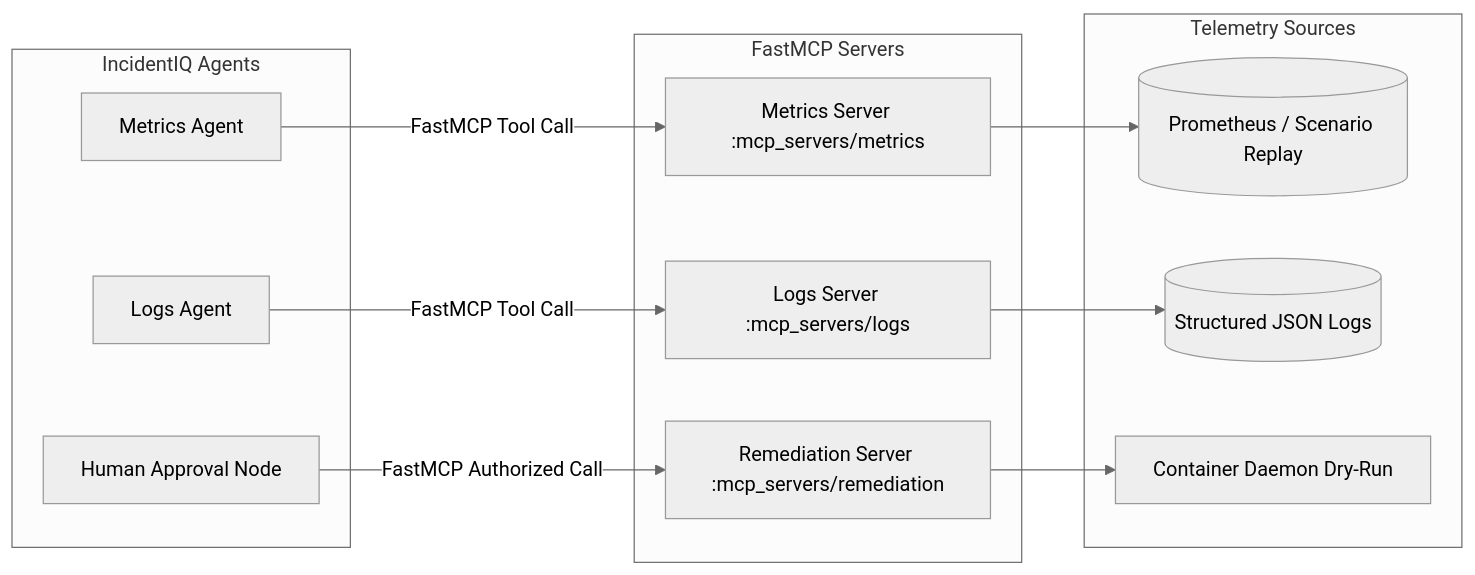
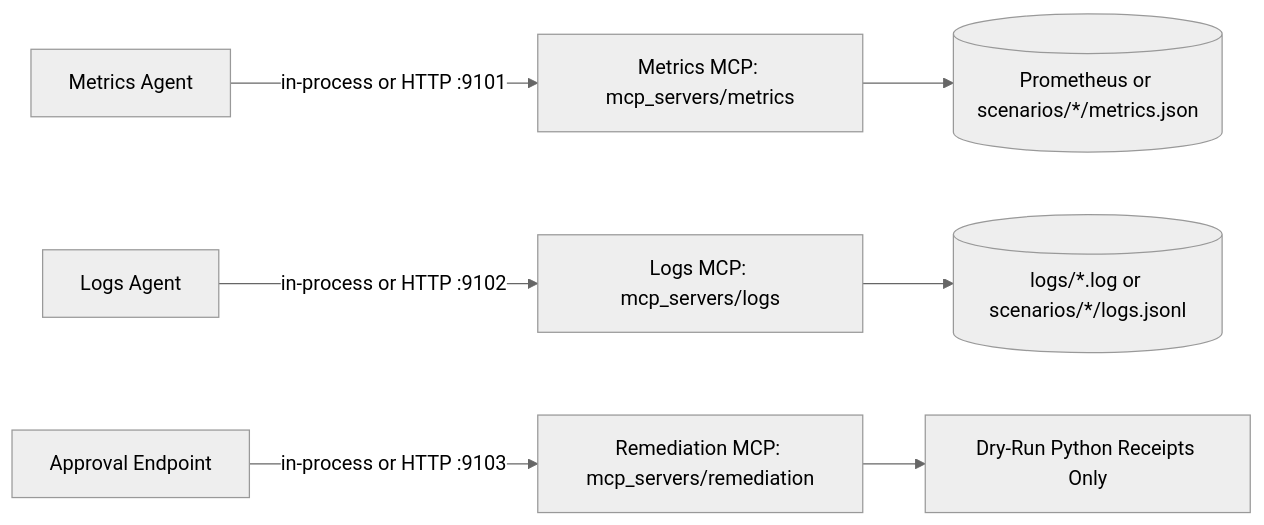
One commit to MayankV004/incidentiq changed the diagram in mcp_servers/README.md. Above: the diagram before and after it, drawn with Mermaid (neutral theme). The commit also changed other lines of this file and 6 other files, not shown here.

````diff
--- a/mcp_servers/README.md
+++ b/mcp_servers/README.md
@@ -9,28 +11,10 @@
 ```mermaid
 flowchart LR
-  subgraph IncidentIQ Agents
-    MA[Metrics Agent]
-    LA[Logs Agent]
-    HA[Human Approval Node]
-  end
+  MA[Metrics Agent] -->|in-process or HTTP :9101| MS[Metrics MCP: mcp_servers/metrics]
+  LA[Logs Agent] -->|in-process or HTTP :9102| LS[Logs MCP: mcp_servers/logs]
+  API[Approval Endpoint] -->|in-process or HTTP :9103| RS[Remediation MCP: mcp_servers/remediation]
 
-  subgraph FastMCP Servers
-    MS[Metrics Server :mcp_servers/metrics]
-    LS[Logs Server :mcp_servers/logs]
-    RS[Remediation Server :mcp_servers/remediation]
-  end
-
-  subgraph Telemetry Sources
-    PROM[(Prometheus / Scenario Replay)]
-    LOGS[(Structured JSON Logs)]
-    K8S[Container Daemon Dry-Run]
-  end
-
-  MA -->|FastMCP Tool Call| MS
-  LA -->|FastMCP Tool Call| LS
-  HA -->|FastMCP Authorized Call| RS
-
-  MS --> PROM
-  LS --> LOGS
-  RS --> K8S
+  MS --> PROM[(Prometheus or scenarios/*/metrics.json)]
+  LS --> LOGS[(logs/*.log or scenarios/*/logs.jsonl)]
+  RS --> DRY[Dry-Run Python Receipts Only]
 ```
````
